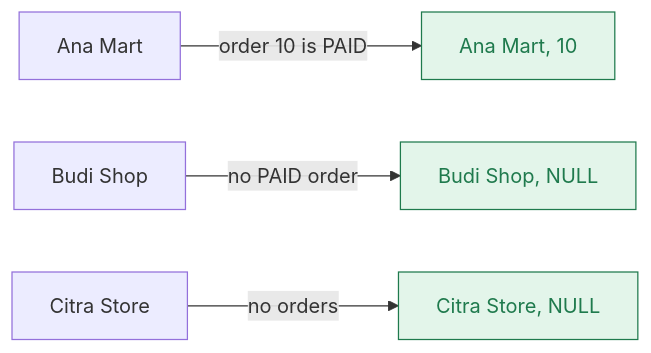
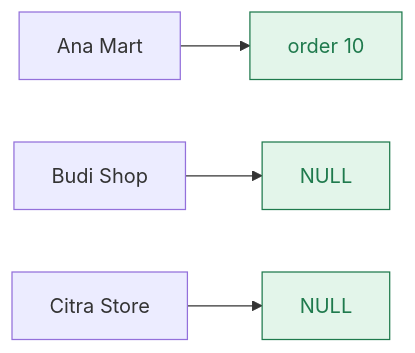
One commit to starjustice/research-material changed the seventh of 9 diagrams in learn/database/02-joins.md. Above: the diagram before and after it, drawn with Mermaid. The commit also changed other lines of this file, not shown here.

````diff
--- a/learn/database/02-joins.md
+++ b/learn/database/02-joins.md
@@ -173,8 +329,8 @@
 ```mermaid
 graph LR
-    A["Ana Mart"] -->|order 10 is PAID| A1["Ana Mart, 10"]
-    B["Budi Shop"] -->|no PAID order| B1["Budi Shop, NULL"]
-    C["Citra Store"] -->|no orders| C1["Citra Store, NULL"]
+    A["Ana Mart"] --> A1["order 10"]
+    B["Budi Shop"] --> B1["NULL"]
+    C["Citra Store"] --> C1["NULL"]
     classDef good fill:#e3f5ea,stroke:#1f7a4d,color:#1f7a4d
     class A1,B1,C1 good
 ```
````
